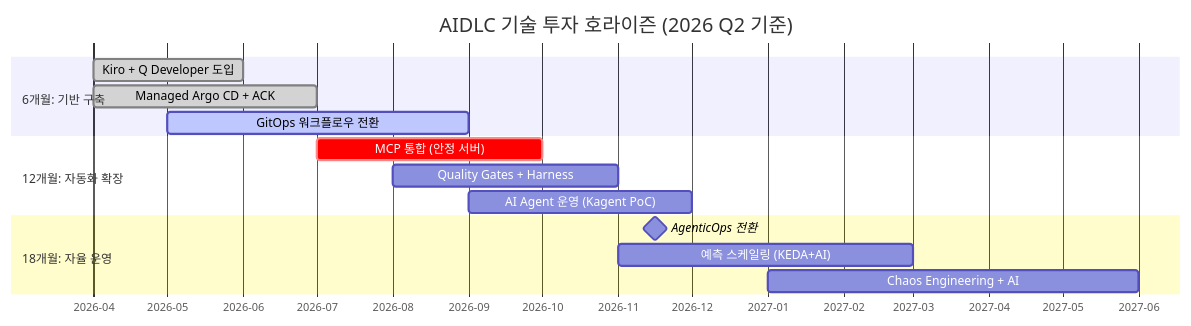
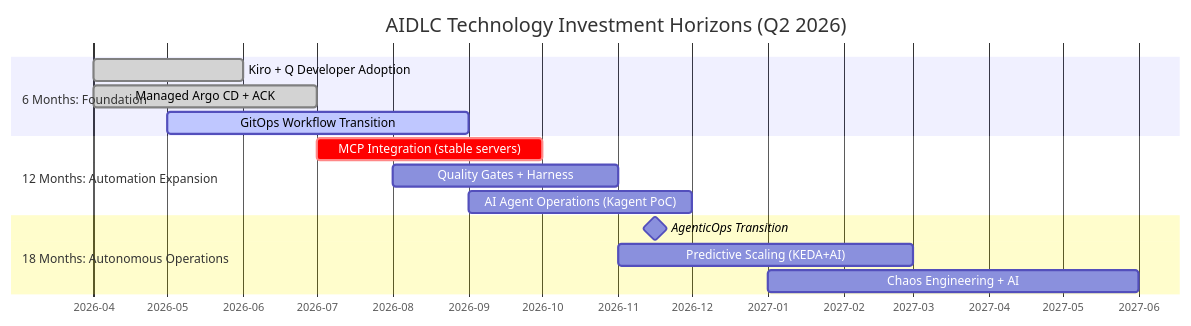
Before and after one commit to devfloor9/engineering-playbook: the second of 2 diagrams in docs/aidlc/toolchain/technology-roadmap.md, drawn with Mermaid. The commit also changed other lines of this file and 954 other files, not shown here.

````diff
--- a/docs/aidlc/toolchain/technology-roadmap.md
+++ b/docs/aidlc/toolchain/technology-roadmap.md
@@ -197,21 +197,21 @@
 ```mermaid
 gantt
-    title AIDLC 기술 투자 호라이즌 (2026 Q2 기준)
+    title AIDLC Technology Investment Horizons (Q2 2026)
     dateFormat YYYY-MM
     axisFormat %Y-%m
 
-    section 6개월: 기반 구축
-    Kiro + Q Developer 도입 :done, foundation1, 2026-04, 2026-06
+    section 6 Months: Foundation
+    Kiro + Q Developer Adoption :done, foundation1, 2026-04, 2026-06
     Managed Argo CD + ACK :done, foundation2, 2026-04, 2026-07
-    GitOps 워크플로우 전환 :active, foundation3, 2026-05, 2026-09
+    GitOps Workflow Transition :active, foundation3, 2026-05, 2026-09
 
-    section 12개월: 자동화 확장
-    MCP 통합 (안정 서버) :crit, automation1, 2026-07, 2026-10
+    section 12 Months: Automation Expansion
+    MCP Integration (stable servers) :crit, automation1, 2026-07, 2026-10
     Quality Gates + Harness :automation2, 2026-08, 2026-11
-    AI Agent 운영 (Kagent PoC) :automation3, 2026-09, 2026-12
+    AI Agent Operations (Kagent PoC) :automation3, 2026-09, 2026-12
 
-    section 18개월: 자율 운영
-    AgenticOps 전환 :milestone, autonomous1, 2026-10, 2027-01
-    예측 스케일링 (KEDA+AI) :autonomous2, 2026-11, 2027-03
+    section 18 Months: Autonomous Operations
+    AgenticOps Transition :milestone, autonomous1, 2026-10, 2027-01
+    Predictive Scaling (KEDA+AI) :autonomous2, 2026-11, 2027-03
     Chaos Engineering + AI :autonomous3, 2027-01, 2027-06
 ```
````
